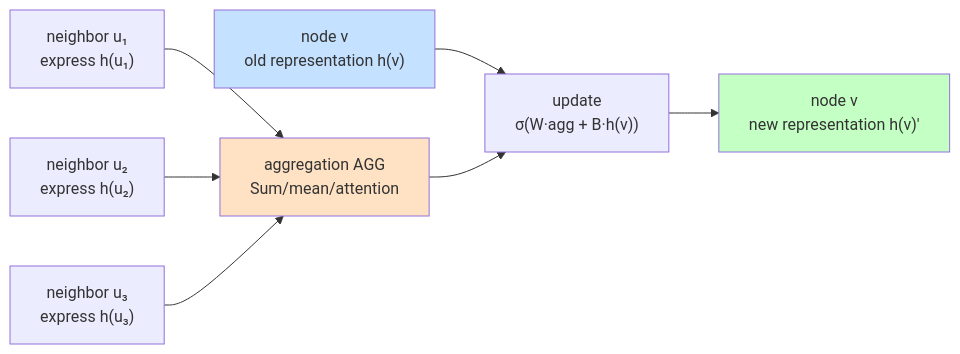
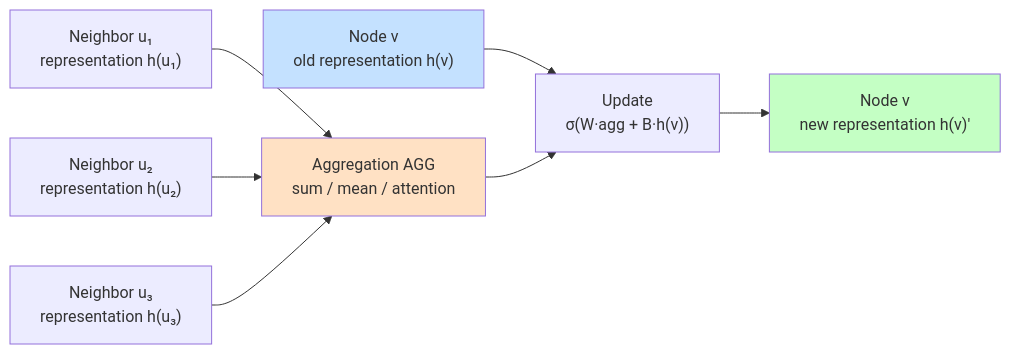
The eighth of 15 diagrams in _translations/en/research/Deep-Learning-Survey.md (TingdeLiu/tingdeliu.github.io), drawn with Mermaid before and after one commit. The commit also changed other lines of this file and 51 other files, not shown here.

````diff
--- a/_translations/en/research/Deep-Learning-Survey.md
+++ b/_translations/en/research/Deep-Learning-Survey.md
@@ -868,12 +868,12 @@
 ```mermaid
 flowchart LR
-    U1["neighbor u₁<br/>express h(u₁)"] --> AGG["aggregation AGG<br/>Sum/mean/attention"]
-    U2["neighbor u₂<br/>express h(u₂)"] --> AGG
-    U3["neighbor u₃<br/>express h(u₃)"] --> AGG
-    V0["node v<br/>old representation h(v)"] --> UPD["update<br/>σ(W·agg + B·h(v))"]
+    U1["Neighbor u₁<br/>representation h(u₁)"] --> AGG["Aggregation AGG<br/>sum / mean / attention"]
+    U2["Neighbor u₂<br/>representation h(u₂)"] --> AGG
+    U3["Neighbor u₃<br/>representation h(u₃)"] --> AGG
+    V0["Node v<br/>old representation h(v)"] --> UPD["Update<br/>σ(W·agg + B·h(v))"]
     AGG --> UPD
-    UPD --> V1["node v<br/>new representation h(v)′"]
+    UPD --> V1["Node v<br/>new representation h(v)′"]
     style V0 fill:#c4e1ff
     style V1 fill:#c4ffc4
     style AGG fill:#ffe1c4
 ```
````
